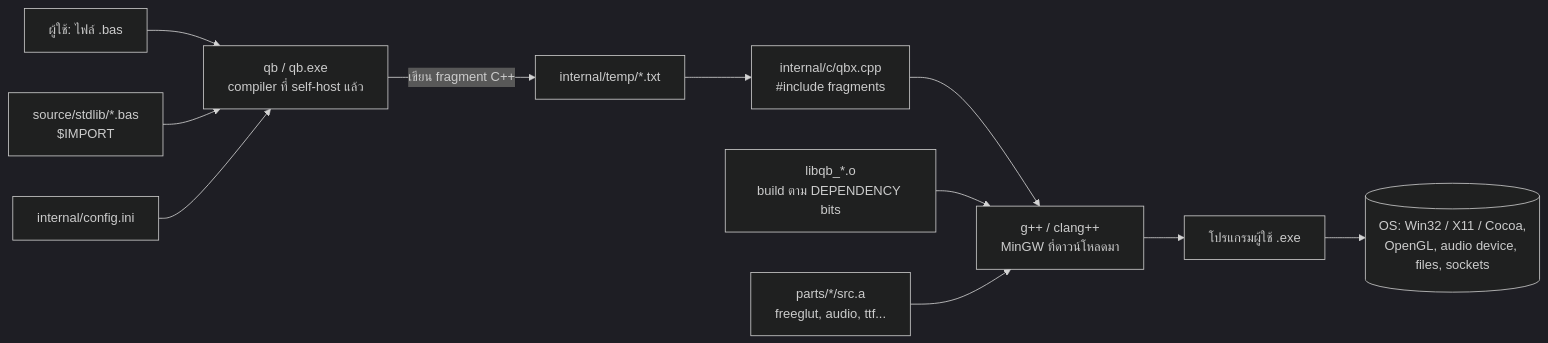
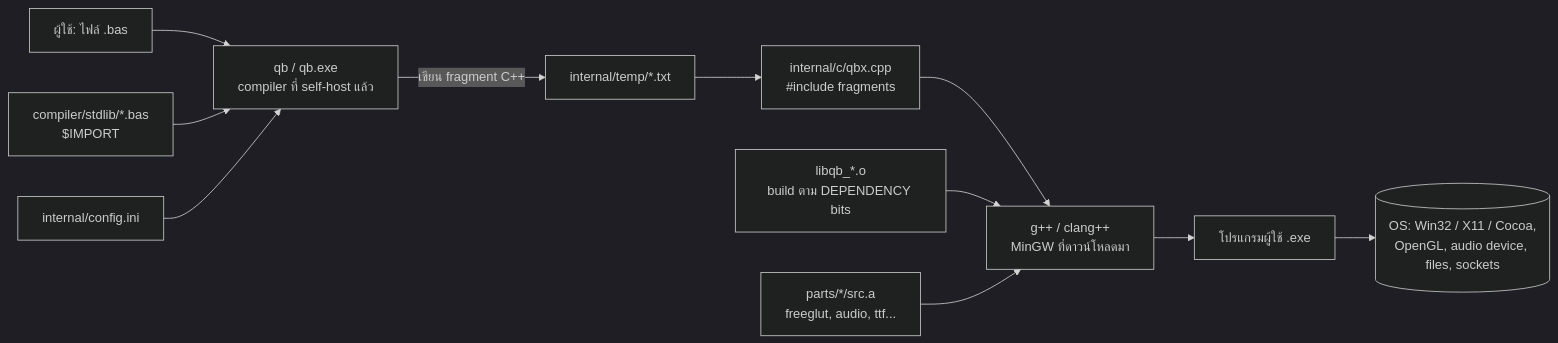
One commit to thirawat27/QBNex changed the first of 3 diagrams in docs/rust-port/README.md. Above: the diagram before and after it, drawn with Mermaid (dark theme). The commit also changed other lines of this file and 735 other files, not shown here.

````diff
--- a/docs/rust-port/README.md
+++ b/docs/rust-port/README.md
@@ -39,13 +39,13 @@
 ```mermaid
 flowchart LR
   user[ผู้ใช้: ไฟล์ .bas] --> qb[qb / qb.exe<br/>compiler ที่ self-host แล้ว]
-  stdlib[source/stdlib/*.bas<br/>$IMPORT] --> qb
+  stdlib[compiler/stdlib/*.bas<br/>$IMPORT] --> qb
   cfg[internal/config.ini] --> qb
   qb -->|เขียน fragment C++| temp[internal/temp/*.txt]
   temp --> qbx[internal/c/qbx.cpp<br/>#include fragments]
   qbx --> gxx[g++ / clang++<br/>MinGW ที่ดาวน์โหลดมา]
   libqb[libqb_*.o<br/>build ตาม DEPENDENCY bits] --> gxx
   parts[parts/*/src.a<br/>freeglut, audio, ttf...] --> gxx
   gxx --> exe[โปรแกรมผู้ใช้ .exe]
   exe --> os[(OS: Win32 / X11 / Cocoa,<br/>OpenGL, audio device, files, sockets)]
 ```
````
